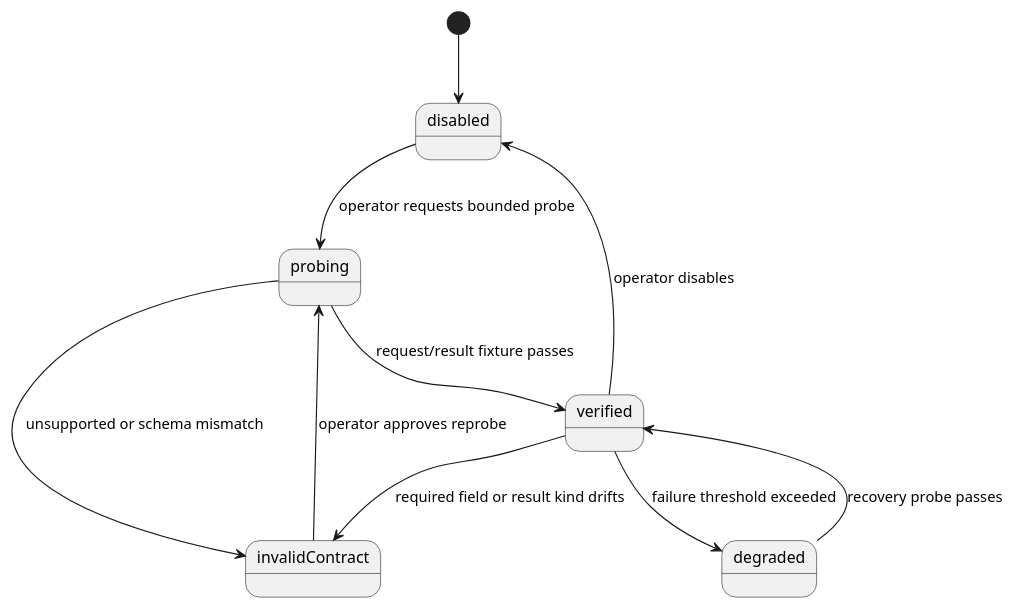
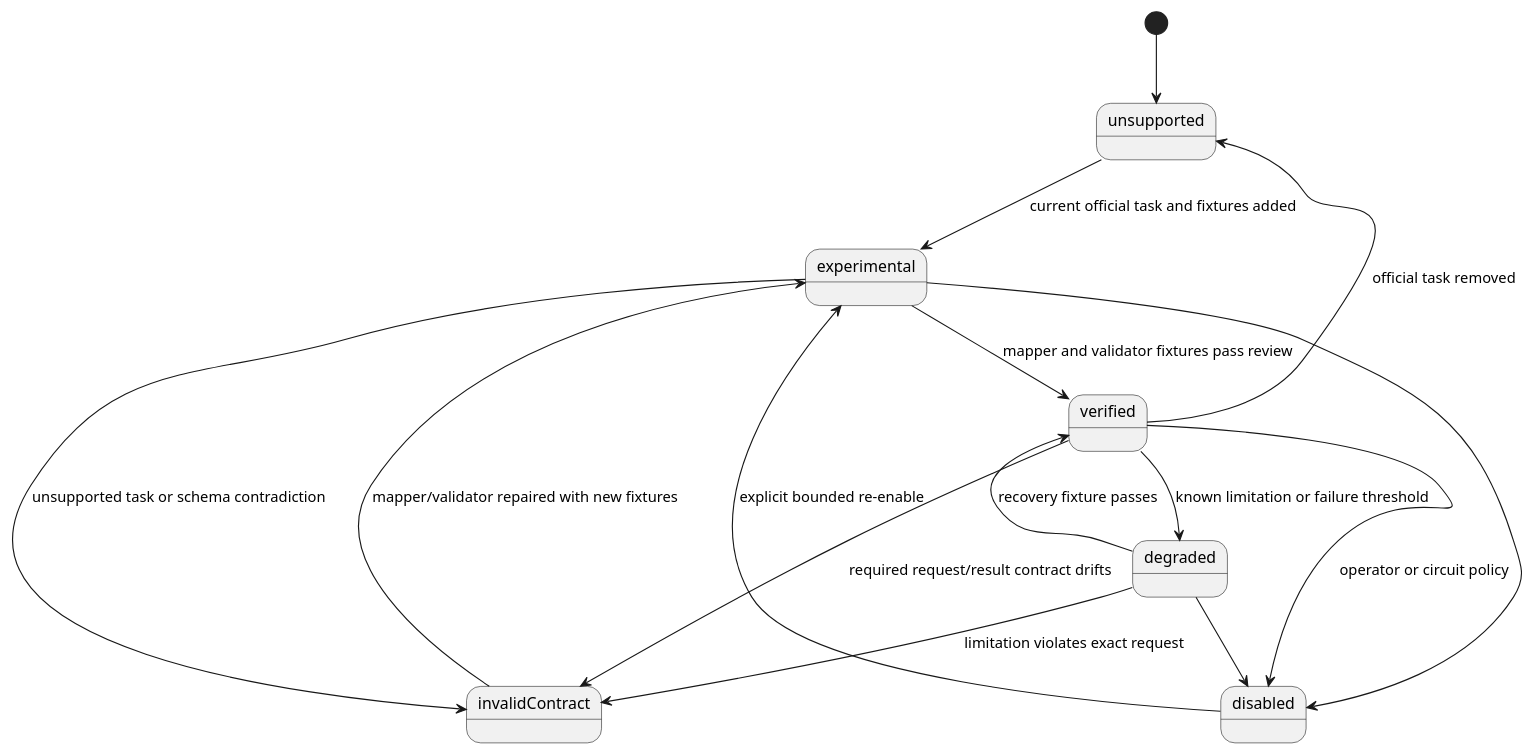
One commit to lost-rob0t/starintel-auto-research changed the third of 3 diagrams in roam/design/starintel-pro-actors/STAR-PRO-CAPTCHA-003-2captcha-adapter.org. Above: the diagram before and after it, drawn with PlantUML. The commit also changed other lines of this file, not shown here.

Commit message:
complete 2Captcha family mapper and disclosure design

```diff
--- a/roam/design/starintel-pro-actors/STAR-PRO-CAPTCHA-003-2captcha-adapter.org
+++ b/roam/design/starintel-pro-actors/STAR-PRO-CAPTCHA-003-2captcha-adapter.org
@@ -173,13 +245,18 @@
 #+begin_src plantuml
 @startuml
-[*] --> disabled
-disabled --> probing : operator requests bounded probe
-probing --> verified : request/result fixture passes
-probing --> invalidContract : unsupported or schema mismatch
-verified --> degraded : failure threshold exceeded
-degraded --> verified : recovery probe passes
-verified --> invalidContract : required field or result kind drifts
-invalidContract --> probing : operator approves reprobe
-verified --> disabled : operator disables
+[*] --> unsupported
+unsupported --> experimental : current official task and fixtures added
+experimental --> verified : mapper and validator fixtures pass review
+experimental --> invalidContract : unsupported task or schema contradiction
+verified --> degraded : known limitation or failure threshold
+verified --> invalidContract : required request/result contract drifts
+degraded --> verified : recovery fixture passes
+degraded --> invalidContract : limitation violates exact request
+invalidContract --> experimental : mapper/validator repaired with new fixtures
+verified --> disabled : operator or circuit policy
+experimental --> disabled
+degraded --> disabled
+disabled --> experimental : explicit bounded re-enable
+verified --> unsupported : official task removed
 @enduml
 #+end_src
```
